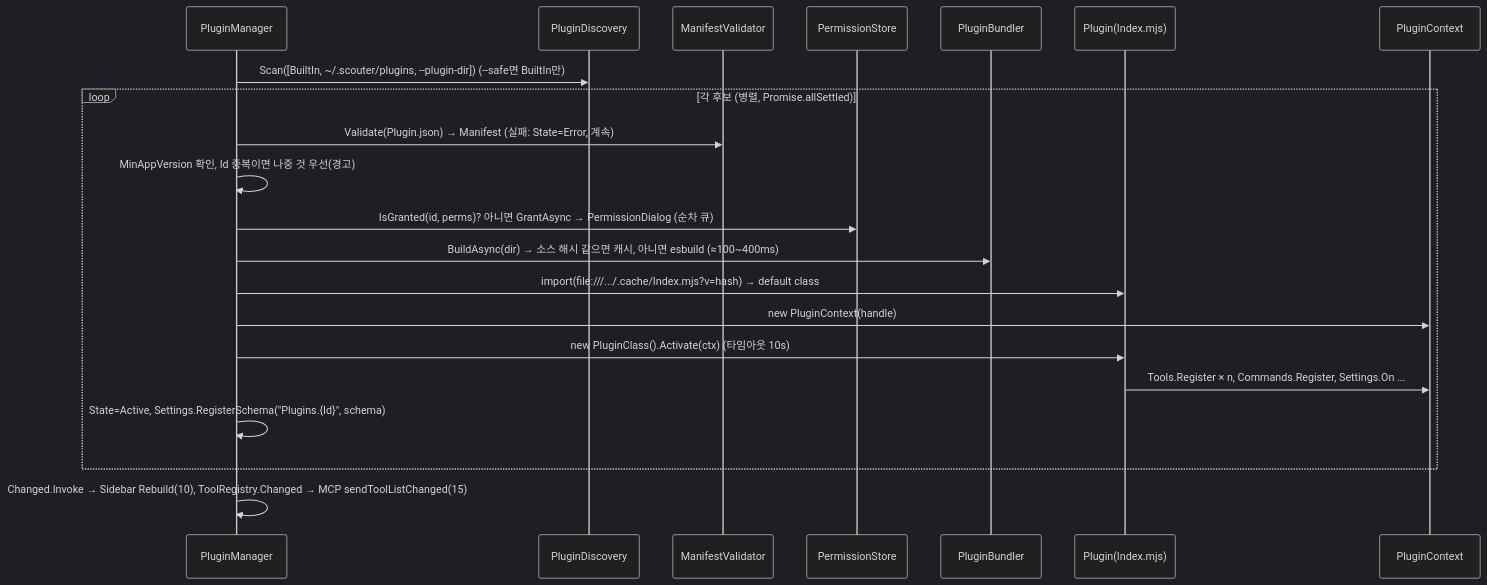
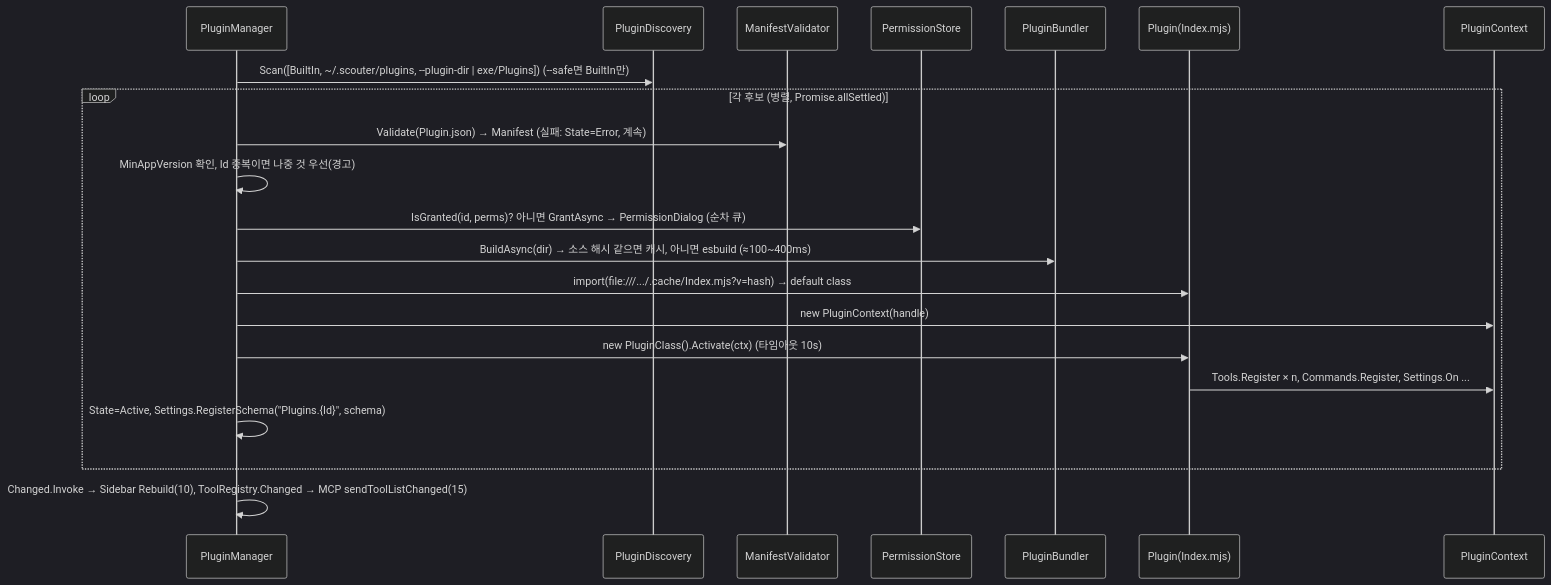
Before and after one commit to yjd6808/_AI_Scouter: the second of 5 diagrams in Docs/Design/14-Plugin-System.md, drawn with Mermaid (dark theme). The commit also changed other lines of this file and 180 other files, not shown here.

````diff
--- a/Docs/Design/14-Plugin-System.md
+++ b/Docs/Design/14-Plugin-System.md
@@ -143,23 +143,23 @@
 ```mermaid
 sequenceDiagram
 	participant PM as PluginManager
 	participant D as PluginDiscovery
 	participant V as ManifestValidator
 	participant PS as PermissionStore
 	participant B as PluginBundler
 	participant P as Plugin(Index.mjs)
 	participant C as PluginContext
-	PM->>D: Scan([BuiltIn, ~/.scouter/plugins, --plugin-dir]) (--safe면 BuiltIn만)
+	PM->>D: Scan([BuiltIn, ~/.scouter/plugins, --plugin-dir | exe/Plugins]) (--safe면 BuiltIn만)
 	loop 각 후보 (병렬, Promise.allSettled)
 		PM->>V: Validate(Plugin.json) → Manifest (실패: State=Error, 계속)
 		PM->>PM: MinAppVersion 확인, Id 중복이면 나중 것 우선(경고)
 		PM->>PS: IsGranted(id, perms)? 아니면 GrantAsync → PermissionDialog (순차 큐)
 		PM->>B: BuildAsync(dir) → 소스 해시 같으면 캐시, 아니면 esbuild (≈100~400ms)
 		PM->>P: import(file:///.../.cache/Index.mjs?v=hash) → default class
 		PM->>C: new PluginContext(handle)
 		PM->>P: new PluginClass().Activate(ctx) (타임아웃 10s)
 		P->>C: Tools.Register × n, Commands.Register, Settings.On ...
 		PM->>PM: State=Active, Settings.RegisterSchema("Plugins.{Id}", schema)
 	end
 	PM->>PM: Changed.Invoke → Sidebar Rebuild(10), ToolRegistry.Changed → MCP sendToolListChanged(15)
 ```
````
